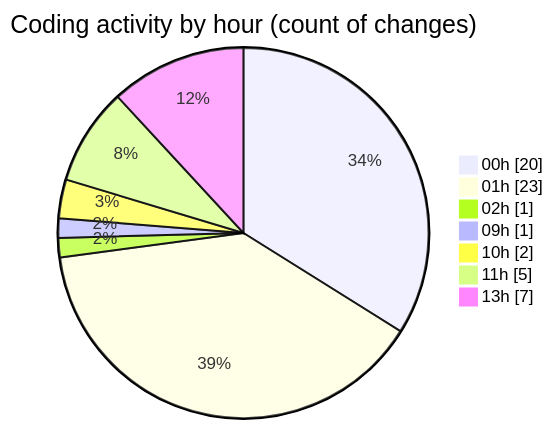
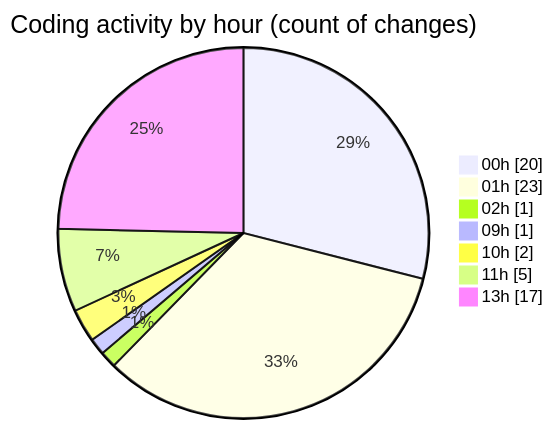
One commit to julien-gomy/code-tracking changed the second of 2 diagrams in 2025-10-16/eventscop-frontend-guide__workspace_/README.md. Above: the diagram before and after it, drawn with Mermaid. The commit also changed other lines of this file and 1 other file, not shown here.

````diff
--- a/2025-10-16/eventscop-frontend-guide__workspace_/README.md
+++ b/2025-10-16/eventscop-frontend-guide__workspace_/README.md
@@ -42,11 +46,11 @@
 ```mermaid
 pie showData
 title Coding activity by hour (count of changes)
 "00h" : 20
 "01h" : 23
 "02h" : 1
 "09h" : 1
 "10h" : 2
 "11h" : 5
-"13h" : 7
+"13h" : 17
 ```
````
